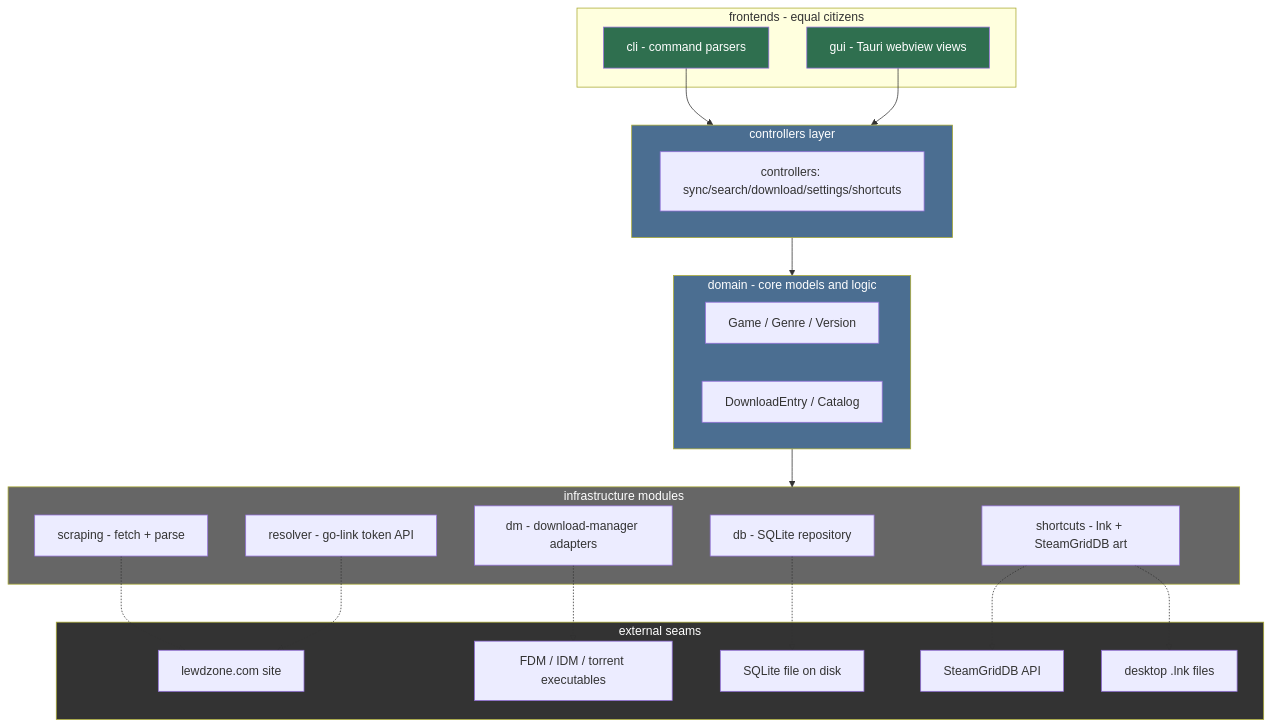
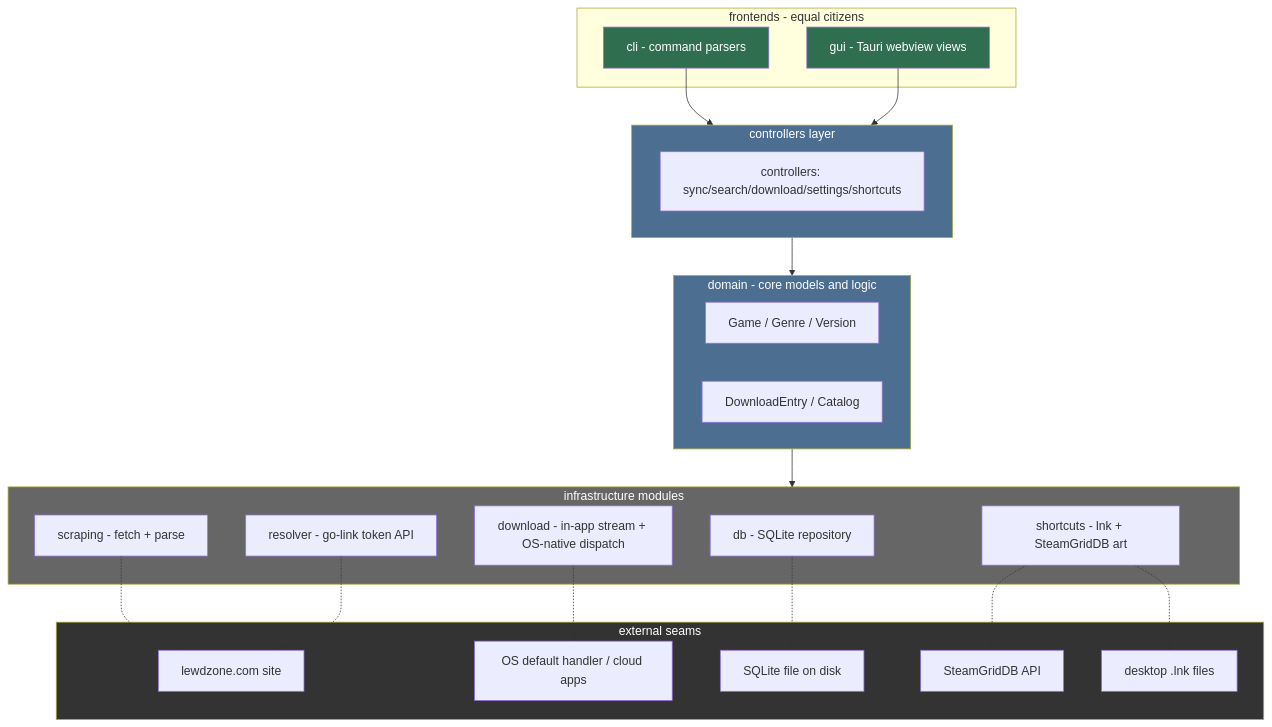
One commit to HELIX-Origin/LewdZone-Launcher changed the diagram in .agents/agents/architect/systems-designer/systems-designer.md. Above: the diagram before and after it, drawn with Mermaid. The commit also changed other lines of this file and 19 other files, not shown here.

First line of the commit message:
docs(agents): purge remaining download-manager references and add README index

````diff
--- a/.agents/agents/architect/systems-designer/systems-designer.md
+++ b/.agents/agents/architect/systems-designer/systems-designer.md
@@ -27,46 +27,46 @@
 ```mermaid
 flowchart TD
     subgraph UI["frontends - equal citizens"]
         CLI["cli - command parsers"]
         GUI["gui - Tauri webview views"]
     end
     subgraph SVC["controllers layer"]
         S1["controllers: sync/search/download/settings/shortcuts"]
     end
     subgraph DOM["domain - core models and logic"]
         D1["Game / Genre / Version"]
         D2["DownloadEntry / Catalog"]
     end
     subgraph INFRA["infrastructure modules"]
         I1[db - SQLite repository]
         I2[scraping - fetch + parse]
         I3[resolver - go-link token API]
-        I4[dm - download-manager adapters]
+        I4[download - in-app stream + OS-native dispatch]
         I5[shortcuts - lnk + SteamGridDB art]
     end
     subgraph EXT["external seams"]
         E1["lewdzone.com site"]
-        E2[FDM / IDM / torrent executables]
+        E2[OS default handler / cloud apps]
         E3[SQLite file on disk]
         E4[SteamGridDB API]
         E5[desktop .lnk files]
     end
 
     CLI --> SVC
     GUI --> SVC
     SVC --> DOM
     DOM --> INFRA
     I1 -.-> E3
     I2 -.-> E1
     I3 -.-> E1
     I4 -.-> E2
     I5 -.-> E4
     I5 -.-> E5
 
     style CLI fill:#2f6f4f,color:#fff
     style GUI fill:#2f6f4f,color:#fff
     style SVC fill:#4b6e91,color:#fff
     style DOM fill:#4b6e91,color:#fff
     style INFRA fill:#666,color:#fff
     style EXT fill:#333,color:#fff
 ```
````
